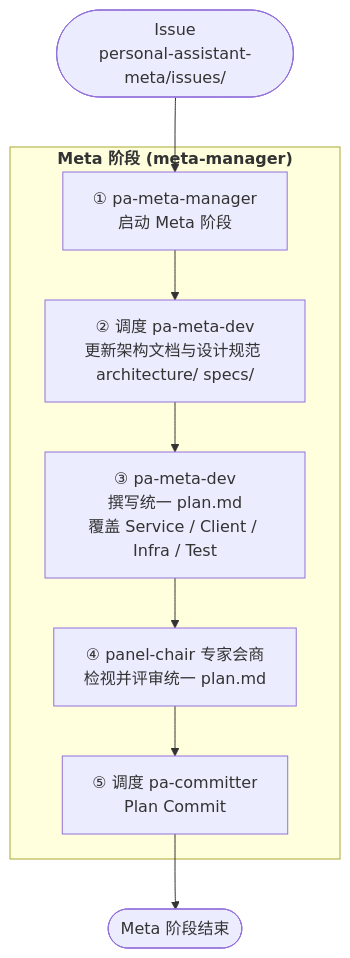
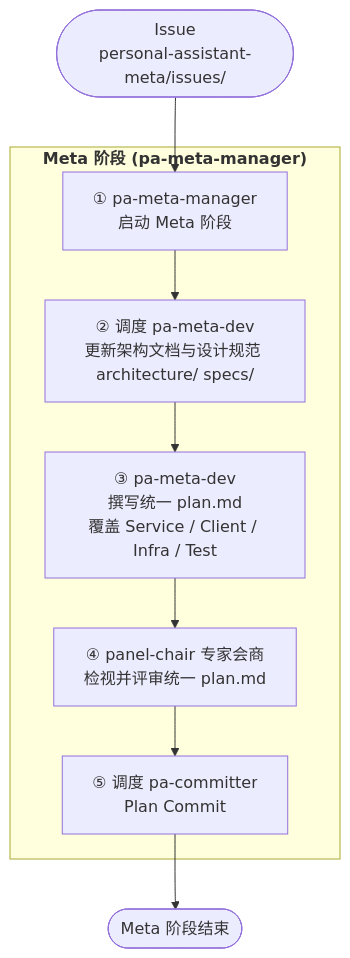
The second of 3 diagrams in personal-assistant-meta/architecture/devops/opencode-workflow.md (T-1009/personal-assistant), drawn with Mermaid before and after one commit. The commit also changed other lines of this file and 20 other files, not shown here.

````diff
--- a/personal-assistant-meta/architecture/devops/opencode-workflow.md
+++ b/personal-assistant-meta/architecture/devops/opencode-workflow.md
@@ -133,24 +133,24 @@
 ```mermaid
 flowchart TD
     START(["Issue<br/>personal-assistant-meta/issues/"])
 
     START --> S1["① pa-meta-manager<br/>启动 Meta 阶段"]
 
-    subgraph META_PHASE["<b>Meta 阶段 (meta-manager)</b>"]
+    subgraph META_PHASE["<b>Meta 阶段 (pa-meta-manager)</b>"]
         S1 --> S1a["② 调度 pa-meta-dev<br/>更新架构文档与设计规范 architecture/ specs/"]
 
         S2["③ pa-meta-dev<br/>撰写统一 plan.md<br/>覆盖 Service / Client / Infra / Test"]
 
         S1a --> S2
 
         S3["④ panel-chair 专家会商<br/>检视并评审统一 plan.md"]
 
         S2 --> S3
 
         S4["⑤ 调度 pa-committer<br/>Plan Commit"]
 
         S3 --> S4
     end
 
     S4 --> DONE(["Meta 阶段结束"])
 ```
````
